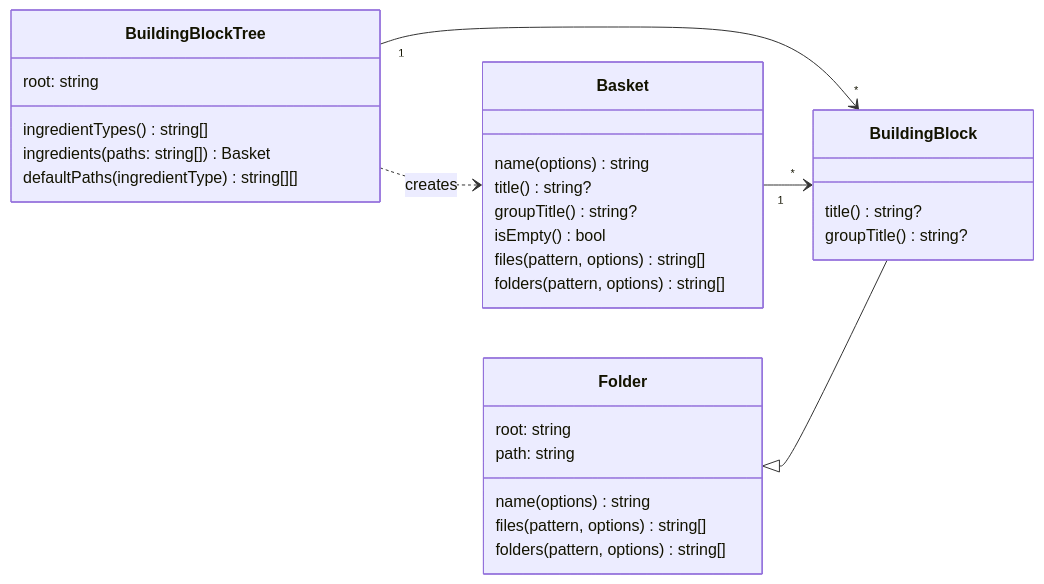
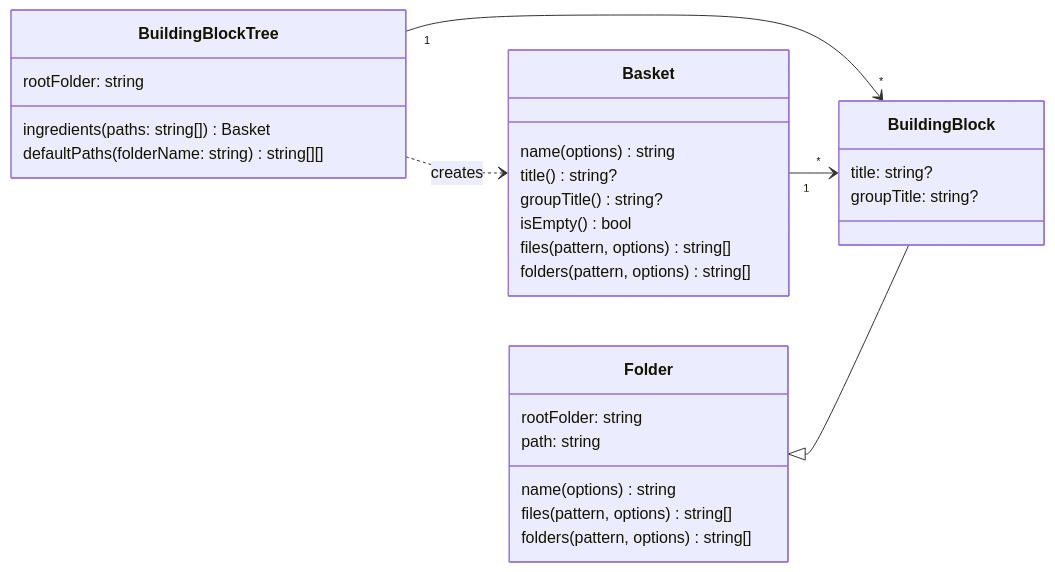
The first of 5 diagrams in DESIGN.md (matthiasbaitsch/quarto-loi-moi), drawn with Mermaid before and after one commit. The commit also changed other lines of this file and 9 other files, not shown here.

````diff
--- a/DESIGN.md
+++ b/DESIGN.md
@@ -27,33 +27,32 @@
 ```mermaid
 classDiagram
   direction LR
   BuildingBlockTree "1" --> "*" BuildingBlock
   BuildingBlockTree ..> Basket : creates
   Basket "1" --> "*" BuildingBlock
   Folder <|-- BuildingBlock
   class BuildingBlockTree {
-    root: string
-    ingredientTypes() string[]
+    rootFolder: string
     ingredients(paths: string[]) Basket
-    defaultPaths(ingredientType) string[][]
+    defaultPaths(folderName: string) string[][]
   }
   class Folder {
-    root: string
+    rootFolder: string
     path: string
     name(options) string
     files(pattern, options) string[]
     folders(pattern, options) string[]
   }
   class BuildingBlock {
-    title() string?
-    groupTitle() string?
+    title: string?
+    groupTitle: string?
   }
   class Basket {
     name(options) string
     title() string?
     groupTitle() string?
     isEmpty() bool
     files(pattern, options) string[]
     folders(pattern, options) string[]
   }
 ```
````
